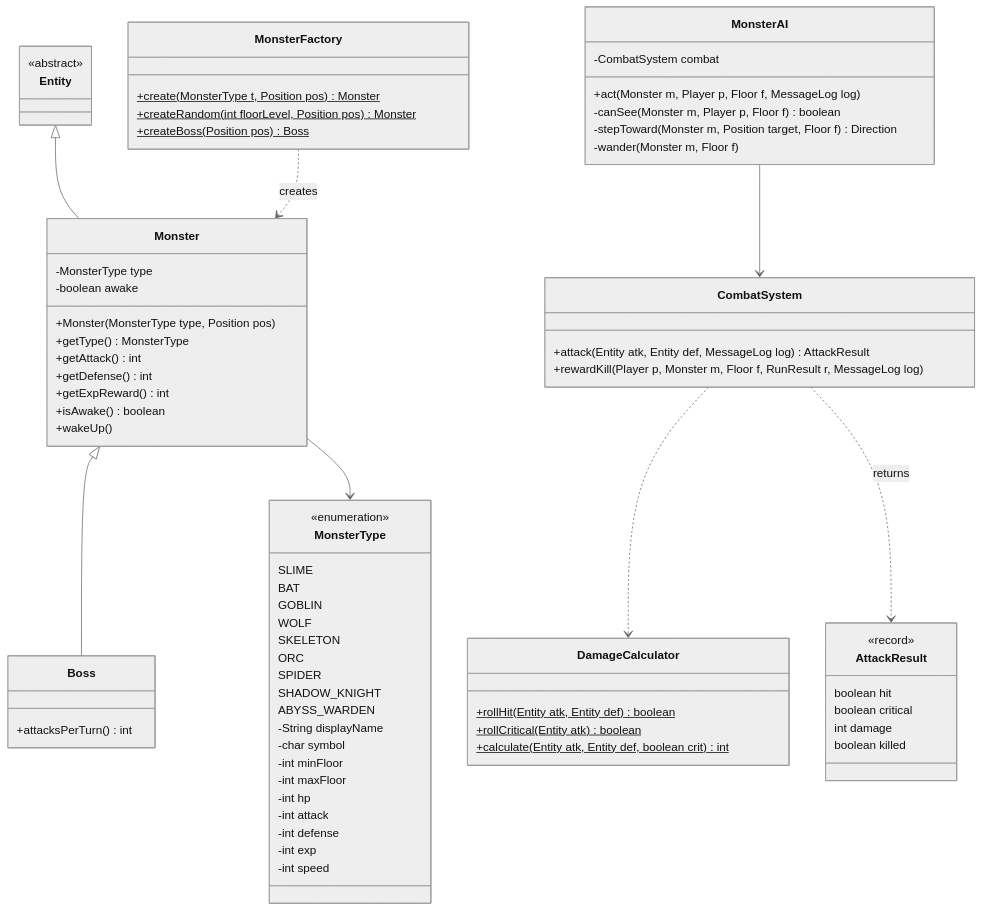
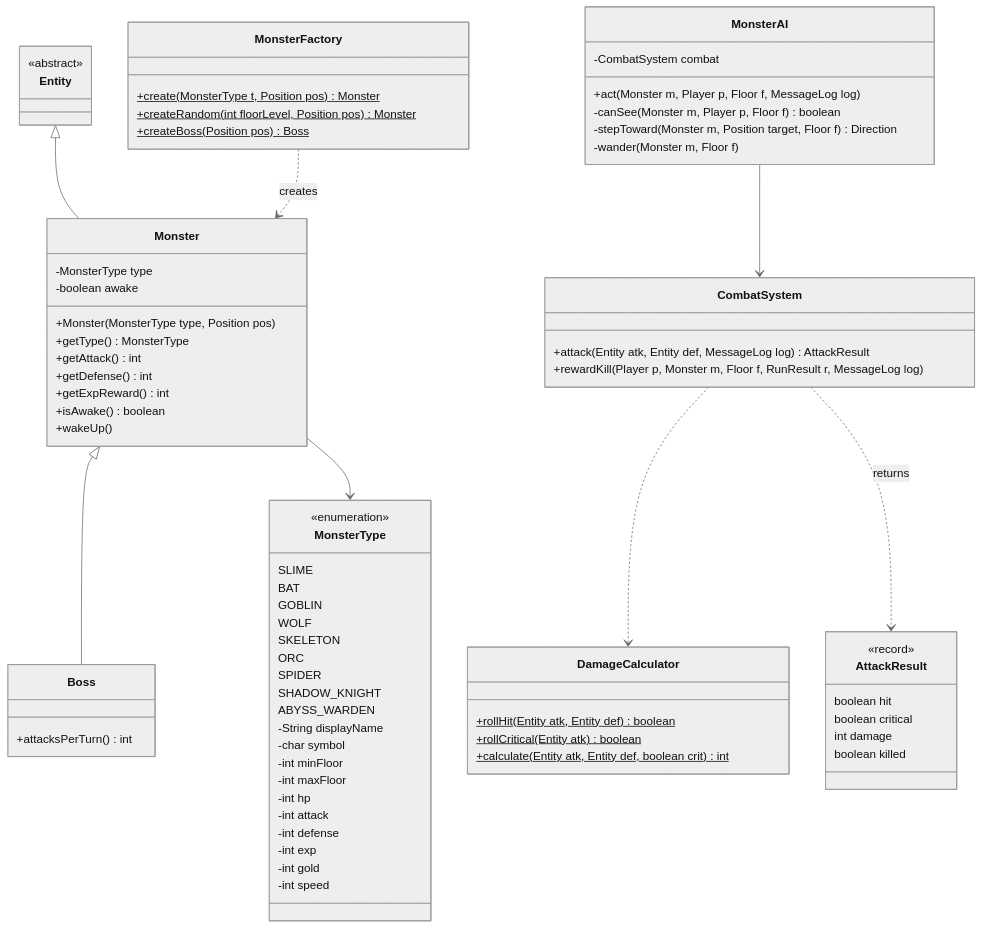
The fourth of 9 diagrams in docs/Class-Diagram.md (likelion-boot-camp-28th/side-project01-team01), drawn with Mermaid (neutral theme) before and after one commit. The commit also changed 1 other file, not shown here.

Commit message:
docs: MonsterType에 골드 드롭량 gold 필드 반영

````diff
--- a/docs/Class-Diagram.md
+++ b/docs/Class-Diagram.md
@@ -338,77 +338,78 @@
 ```mermaid
 classDiagram
     class Entity {
         <<abstract>>
     }
     class Monster {
         -MonsterType type
         -boolean awake
         +Monster(MonsterType type, Position pos)
         +getType() MonsterType
         +getAttack() int
         +getDefense() int
         +getExpReward() int
         +isAwake() boolean
         +wakeUp()
     }
     class Boss {
         +attacksPerTurn() int
     }
     class MonsterType {
         <<enumeration>>
         SLIME
         BAT
         GOBLIN
         WOLF
         SKELETON
         ORC
         SPIDER
         SHADOW_KNIGHT
         ABYSS_WARDEN
         -String displayName
         -char symbol
         -int minFloor
         -int maxFloor
         -int hp
         -int attack
         -int defense
         -int exp
+        -int gold
         -int speed
     }
     class MonsterFactory {
         +create(MonsterType t, Position pos)$ Monster
         +createRandom(int floorLevel, Position pos)$ Monster
         +createBoss(Position pos)$ Boss
     }
     class MonsterAI {
         -CombatSystem combat
         +act(Monster m, Player p, Floor f, MessageLog log)
         -canSee(Monster m, Player p, Floor f) boolean
         -stepToward(Monster m, Position target, Floor f) Direction
         -wander(Monster m, Floor f)
     }
     class CombatSystem {
         +attack(Entity atk, Entity def, MessageLog log) AttackResult
         +rewardKill(Player p, Monster m, Floor f, RunResult r, MessageLog log)
     }
     class DamageCalculator {
         +rollHit(Entity atk, Entity def)$ boolean
         +rollCritical(Entity atk)$ boolean
         +calculate(Entity atk, Entity def, boolean crit)$ int
     }
     class AttackResult {
         <<record>>
         boolean hit
         boolean critical
         int damage
         boolean killed
     }
 
     Entity <|-- Monster
     Monster <|-- Boss
     Monster --> MonsterType
     MonsterFactory ..> Monster : creates
     MonsterAI --> CombatSystem
     CombatSystem ..> DamageCalculator
     CombatSystem ..> AttackResult : returns
 ```
````
